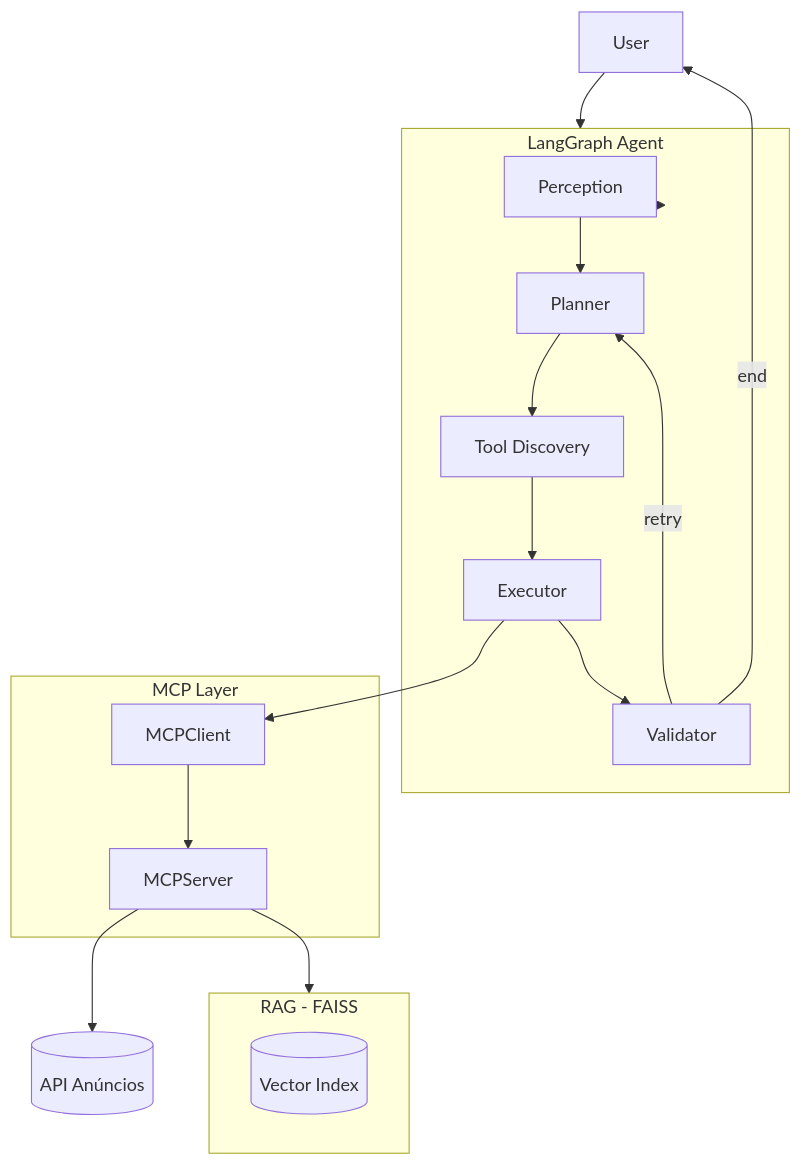
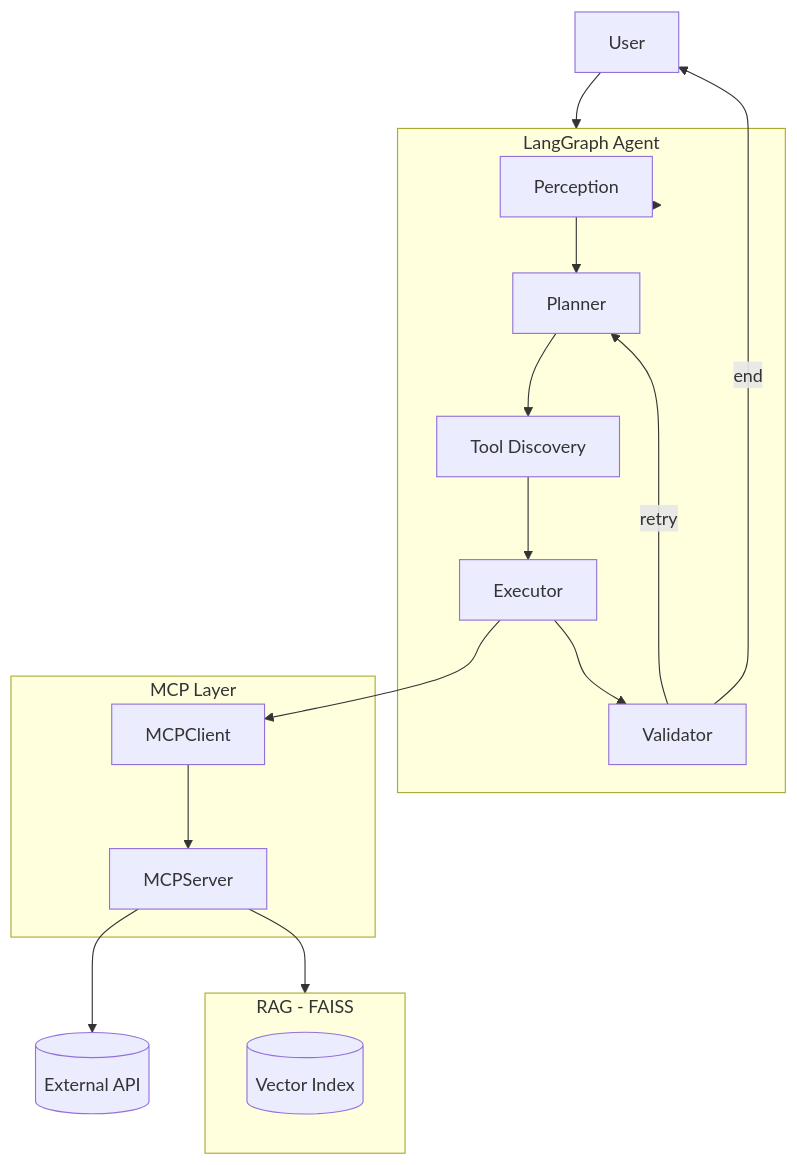
The diagram in README.md (carlosviniciustenorio/agents-lang-graph-py), drawn with Mermaid before and after one commit. The commit also changed other lines of this file, not shown here.

````diff
--- a/README.md
+++ b/README.md
@@ -160,35 +156,35 @@
 ``` mermaid
 flowchart TD
     User --> Agent
 
     subgraph Agent[LangGraph Agent]
         P[Perception]
         PL[Planner]
         TD2[Tool Discovery]
         EX[Executor]
         V[Validator]
     end
 
     Agent --> P
     P --> PL
     PL --> TD2
     TD2 --> EX
     EX --> V
     V -->|retry| PL
     V -->|end| User
 
     EX --> MCPClient
 
     subgraph MCP[MCP Layer]
         MCPClient --> MCPServer
     end
 
     MCPServer --> RAG
     MCPServer --> ExternalAPI
 
     subgraph RAG[RAG - FAISS]
         Index[(Vector Index)]
     end
 
-    ExternalAPI[(API Anúncios)]
+    ExternalAPI[(External API)]
 ```
````
